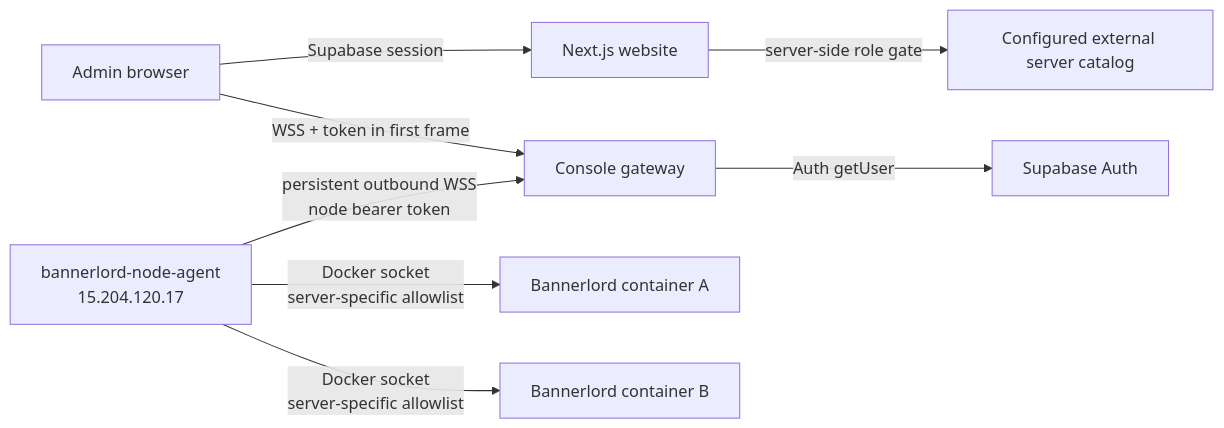
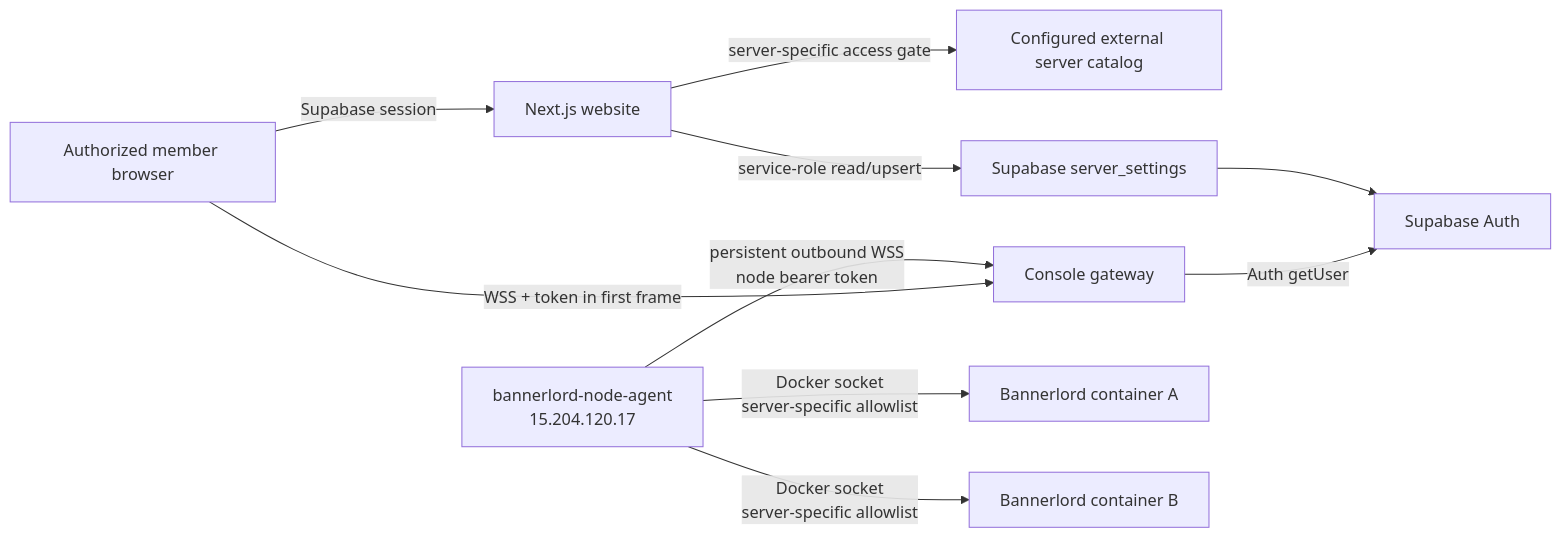
One commit to Bannerlord-Coop-Team/BannerlordCoop-website changed the second of 2 diagrams in docs/live-server-console-design.md. Above: the diagram before and after it, drawn with Mermaid. The commit also changed other lines of this file and 31 other files, not shown here.

````diff
--- a/docs/live-server-console-design.md
+++ b/docs/live-server-console-design.md
@@ -84,10 +108,12 @@
 ```mermaid
 flowchart LR
-    Admin[Admin browser] -->|Supabase session| Website[Next.js website]
-    Website -->|server-side role gate| Catalog[Configured external server catalog]
-    Admin -->|WSS + token in first frame| Gateway[Console gateway]
+    Member[Authorized member browser] -->|Supabase session| Website[Next.js website]
+    Website -->|server-specific access gate| Catalog[Configured external server catalog]
+    Website -->|service-role read/upsert| Settings[Supabase server_settings]
+    Member -->|WSS + token in first frame| Gateway[Console gateway]
     Gateway -->|Auth getUser| Supabase[Supabase Auth]
+    Settings --> Supabase
     Agent[bannerlord-node-agent\n15.204.120.17] -->|persistent outbound WSS\nnode bearer token| Gateway
     Agent -->|Docker socket\nserver-specific allowlist| ContainerA[Bannerlord container A]
     Agent -->|Docker socket\nserver-specific allowlist| ContainerB[Bannerlord container B]
 ```
````
